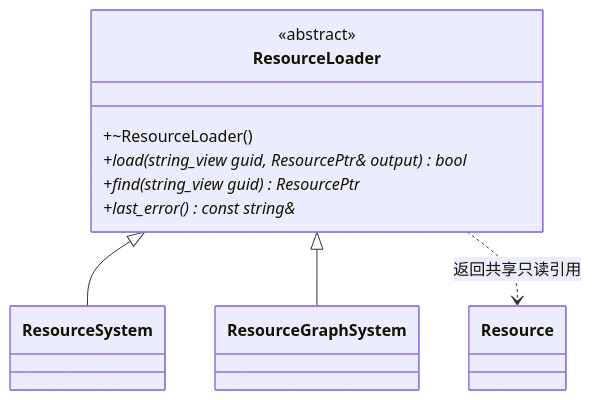
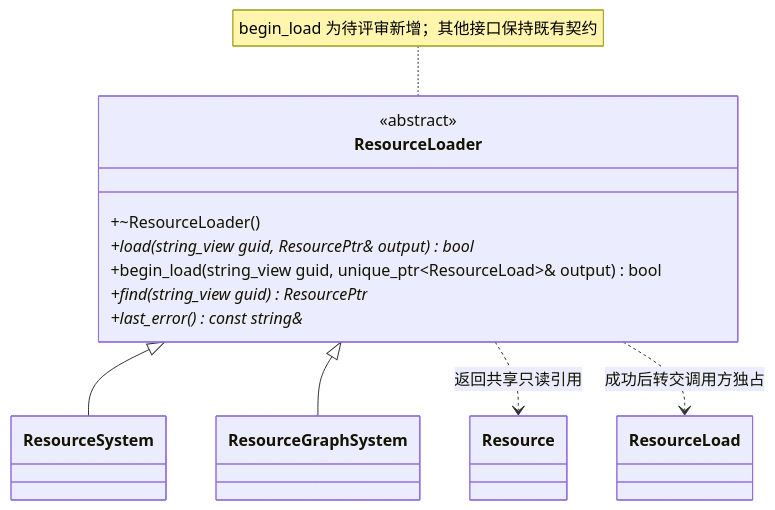
The first of 2 diagrams in docs/runtime/class-diagrams/resource-loader.md (lcals/Engine), drawn with Mermaid before and after one commit. The commit also changed other lines of this file and 13 other files, not shown here.

````diff
--- a/docs/runtime/class-diagrams/resource-loader.md
+++ b/docs/runtime/class-diagrams/resource-loader.md
@@ -5,16 +5,20 @@
 ```mermaid
 classDiagram
     class ResourceLoader {
         <<abstract>>
         +~ResourceLoader()
         +load(string_view guid, ResourcePtr& output) bool*
+        +begin_load(string_view guid, unique_ptr~ResourceLoad~& output) bool
         +find(string_view guid) ResourcePtr*
         +last_error() const string&*
     }
     class ResourceSystem
     class ResourceGraphSystem
     class Resource
+    class ResourceLoad
     ResourceLoader <|-- ResourceSystem
     ResourceLoader <|-- ResourceGraphSystem
     ResourceLoader ..> Resource : 返回共享只读引用
+    ResourceLoader ..> ResourceLoad : 成功后转交调用方独占
+    note for ResourceLoader "begin_load 为待评审新增；其他接口保持既有契约"
 ```
````
